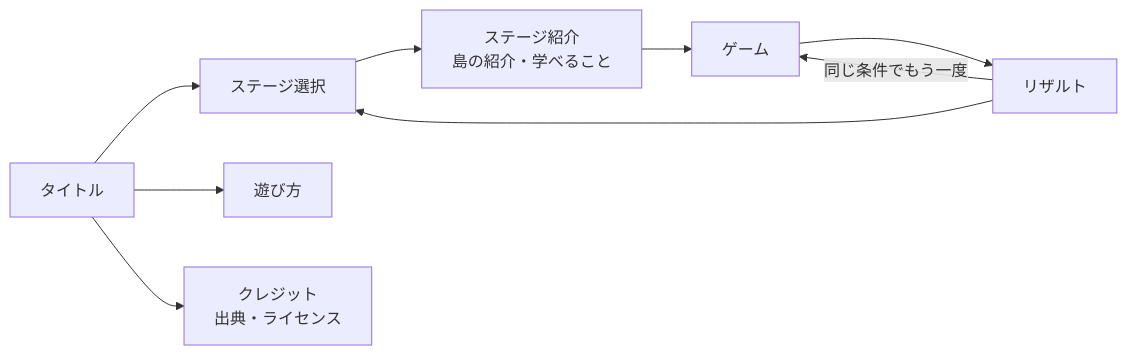
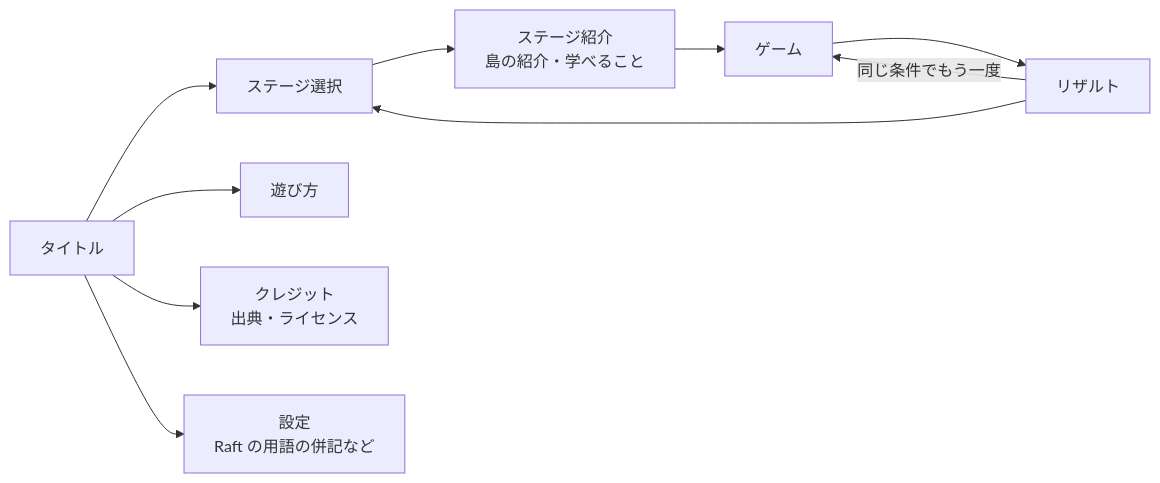
The third of 3 diagrams in docs/04-game-design.md (K-Kizuku/raft-game), drawn with Mermaid before and after one commit. The commit also changed other lines of this file and 19 other files, not shown here.

````diff
--- a/docs/04-game-design.md
+++ b/docs/04-game-design.md
@@ -236,11 +236,12 @@
 ```mermaid
 flowchart LR
     title[タイトル] --> select[ステージ選択]
     title --> howto[遊び方]
     title --> credit[クレジット<br/>出典・ライセンス]
+    title --> settings[設定<br/>Raft の用語の併記など]
     select --> intro[ステージ紹介<br/>島の紹介・学べること]
     intro --> game[ゲーム]
     game --> result[リザルト]
     result --> select
     result -- 同じ条件でもう一度 --> game
 ```
````
